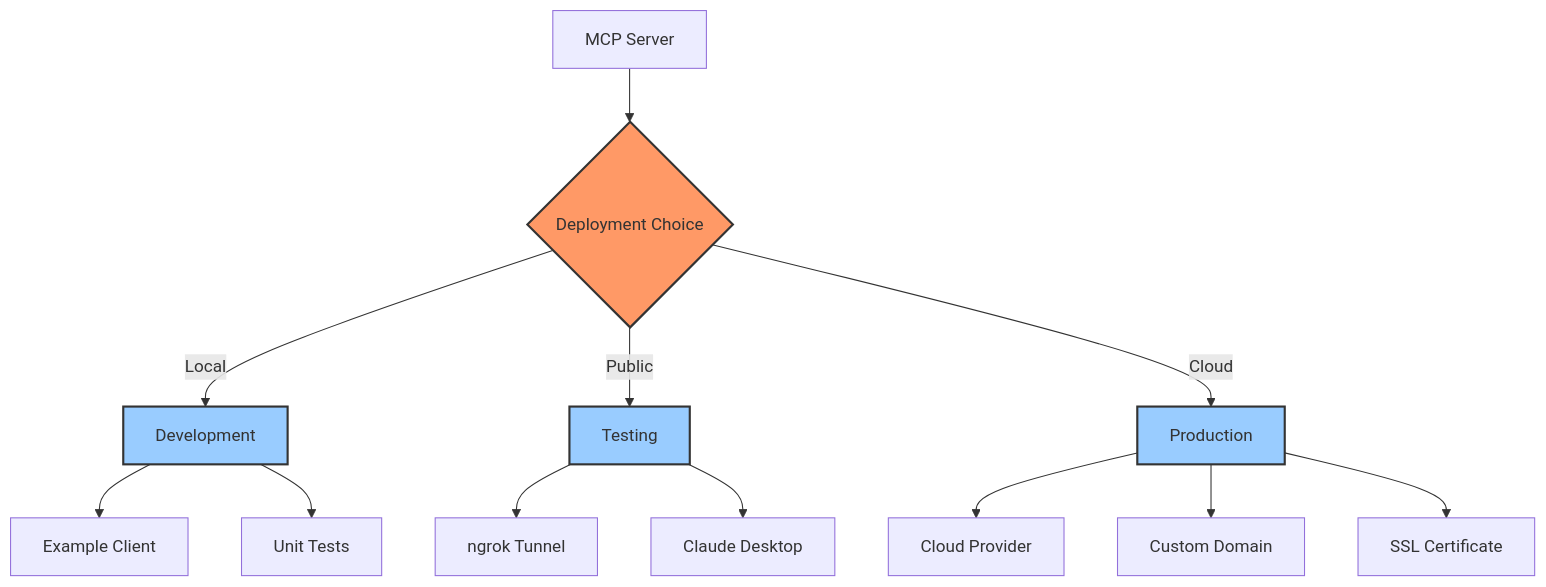
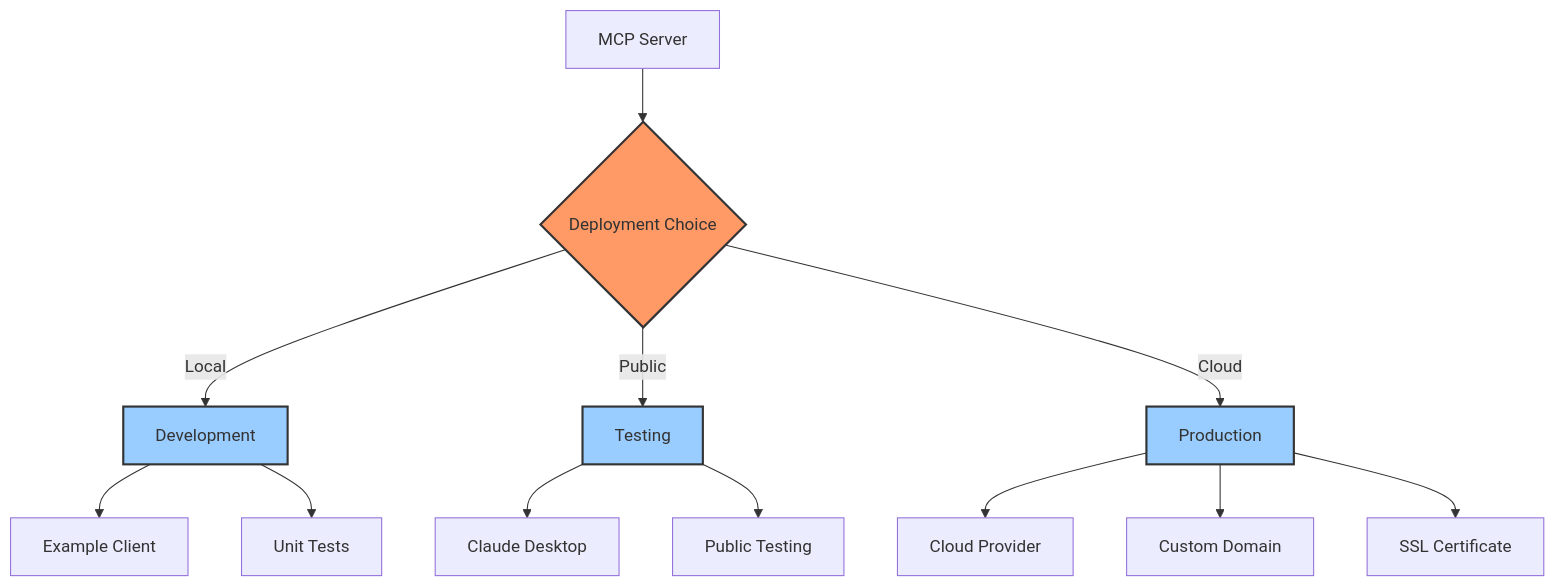
One commit to WebDev70/USASpending_MCP_Server changed the sixth of 6 diagrams in README.md. Above: the diagram before and after it, drawn with Mermaid. The commit also changed other lines of this file and 3 other files, not shown here.

````diff
--- a/README.md
+++ b/README.md
@@ -1467,22 +1467,22 @@
 ```mermaid
 flowchart TD
     A[MCP Server] --> B{Deployment Choice}
     B -->|Local| C[Development]
     B -->|Public| D[Testing]
     B -->|Cloud| E[Production]
     
     C --> C1[Example Client]
     C --> C2[Unit Tests]
     
-    D --> D1[ngrok Tunnel]
-    D --> D2[Claude Desktop]
+    D --> D1[Claude Desktop]
+    D --> D2[Public Testing]
     
     E --> E1[Cloud Provider]
     E --> E2[Custom Domain]
     E --> E3[SSL Certificate]
     
     classDef choice fill:#f96,stroke:#333,stroke-width:2px
     classDef deploy fill:#9cf,stroke:#333,stroke-width:2px
     class B choice
     class C,D,E deploy
 ```
````
